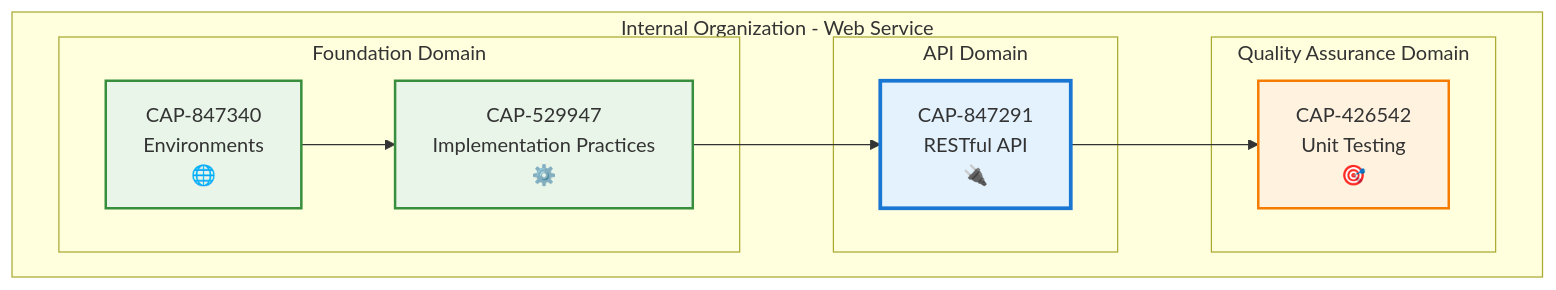
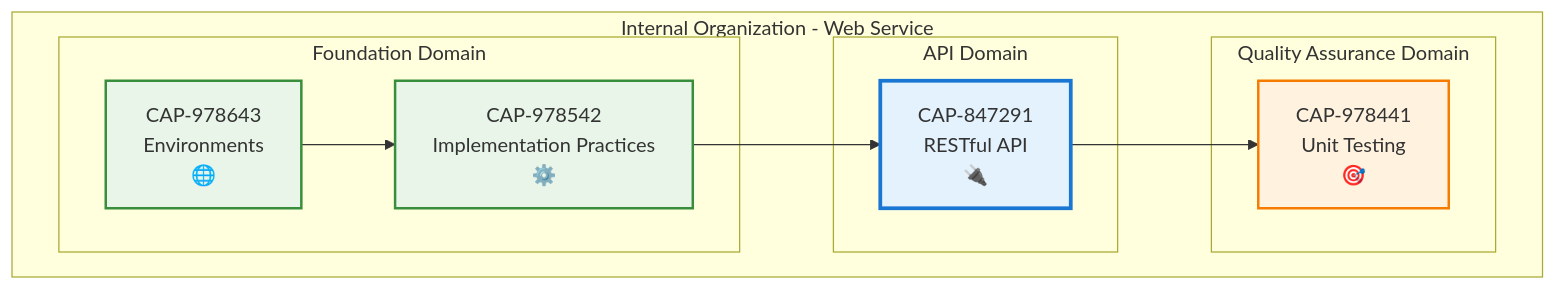
The diagram in webservice/specifications/847291-capability.md (gardner711/anvil-recipes), drawn with Mermaid before and after one commit. The commit also changed other lines of this file and 12 other files, not shown here.

````diff
--- a/webservice/specifications/847291-capability.md
+++ b/webservice/specifications/847291-capability.md
@@ -54,40 +54,40 @@
 ```mermaid
 flowchart TD
     %% Current Capability
     CURRENT["CAP-847291<br/>RESTful API<br/>🔌"]
     
     %% Internal Supporting Capabilities
-    INT1["CAP-847340<br/>Environments<br/>🌐"]
-    INT2["CAP-529947<br/>Implementation Practices<br/>⚙️"]
+    INT1["CAP-978643<br/>Environments<br/>🌐"]
+    INT2["CAP-978542<br/>Implementation Practices<br/>⚙️"]
     
     %% Downstream Impacts
-    DOWN1["CAP-426542<br/>Unit Testing<br/>🎯"]
+    DOWN1["CAP-978441<br/>Unit Testing<br/>🎯"]
     
     %% Dependencies Flow
     INT1 --> INT2
     INT2 --> CURRENT
     CURRENT --> DOWN1
     
     %% Styling
     classDef current fill:#e3f2fd,stroke:#1976d2,stroke-width:3px
     classDef internal fill:#e8f5e8,stroke:#388e3c,stroke-width:2px
     classDef downstream fill:#fff3e0,stroke:#f57c00,stroke-width:2px
     
     class CURRENT current
     class INT1,INT2 internal
     class DOWN1 downstream
     
     %% Capability Grouping
     subgraph ORG1 ["Internal Organization - Web Service"]
         subgraph DOMAIN1 ["Foundation Domain"]
             INT1
             INT2
         end
         subgraph DOMAIN2 ["API Domain"]
             CURRENT
         end
         subgraph DOMAIN3 ["Quality Assurance Domain"]
             DOWN1
         end
     end
 ```
````
